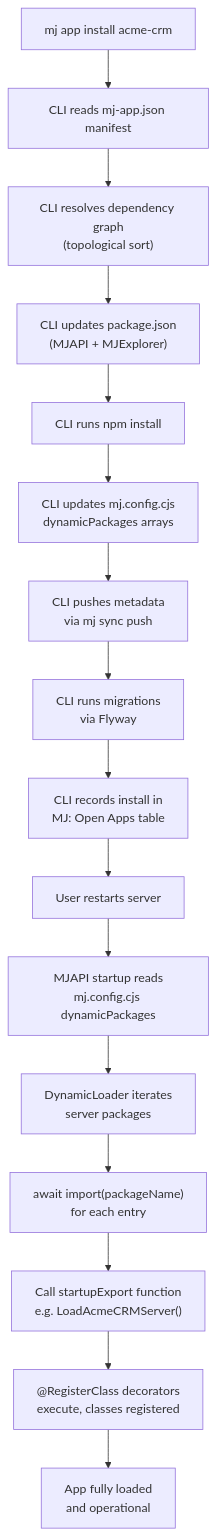
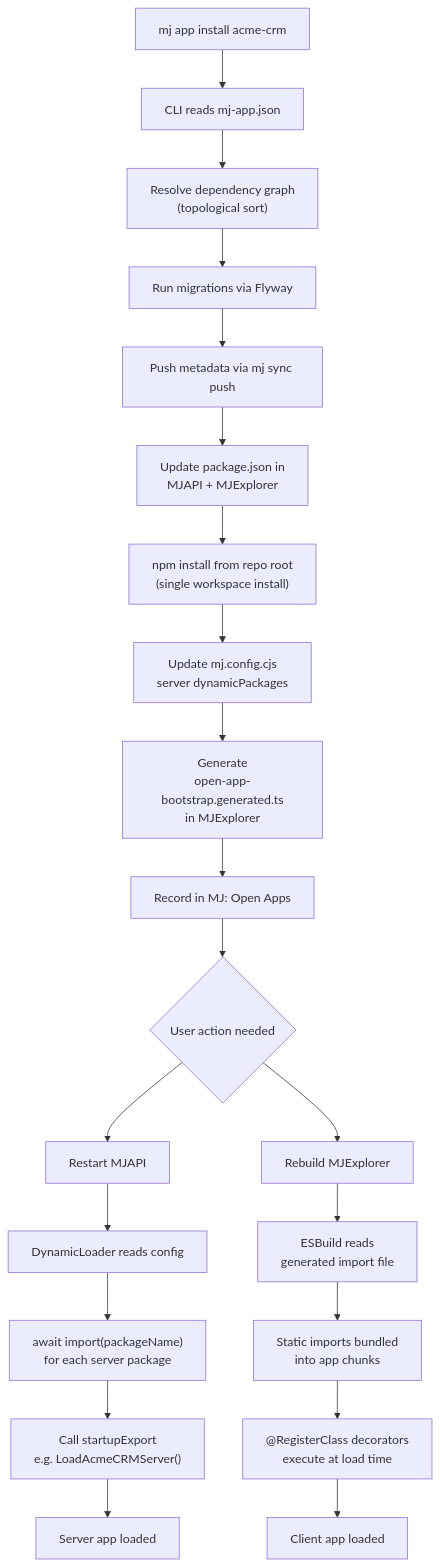
One commit to MemberJunction/MJ changed the diagram in plans/open-app-spec.md. Above: the diagram before and after it, drawn with Mermaid. The commit also changed other lines of this file, not shown here.

First line of the commit message:
Split dynamic loading: server runtime DynamicLoader vs client generated import file

````diff
--- a/plans/open-app-spec.md
+++ b/plans/open-app-spec.md
@@ -680,18 +689,25 @@
 ```mermaid
 flowchart TD
-    A["mj app install acme-crm"] --> B["CLI reads mj-app.json manifest"]
-    B --> C["CLI resolves dependency graph\n(topological sort)"]
-    C --> D["CLI updates package.json\n(MJAPI + MJExplorer)"]
-    D --> E["CLI runs npm install"]
-    E --> F["CLI updates mj.config.cjs\ndynamicPackages arrays"]
-    F --> G["CLI pushes metadata\nvia mj sync push"]
-    G --> H["CLI runs migrations\nvia Flyway"]
-    H --> I["CLI records install in\nMJ: Open Apps table"]
-    I --> J["User restarts server"]
-    J --> K["MJAPI startup reads\nmj.config.cjs dynamicPackages"]
-    K --> L["DynamicLoader iterates\nserver packages"]
-    L --> M["await import(packageName)\nfor each entry"]
-    M --> N["Call startupExport function\ne.g. LoadAcmeCRMServer()"]
-    N --> O["@RegisterClass decorators\nexecute, classes registered"]
-    O --> P["App fully loaded\nand operational"]
+    A["mj app install acme-crm"] --> B["CLI reads mj-app.json"]
+    B --> C["Resolve dependency graph\n(topological sort)"]
+    C --> D["Run migrations via Flyway"]
+    D --> E["Push metadata via mj sync push"]
+    E --> F["Update package.json in\nMJAPI + MJExplorer"]
+    F --> G["npm install from repo root\n(single workspace install)"]
+    G --> H["Update mj.config.cjs\nserver dynamicPackages"]
+    H --> I["Generate\nopen-app-bootstrap.generated.ts\nin MJExplorer"]
+    I --> J["Record in MJ: Open Apps"]
+    J --> K{"User action needed"}
+    K --> L["Restart MJAPI"]
+    K --> M["Rebuild MJExplorer"]
+
+    L --> N["DynamicLoader reads config"]
+    N --> O["await import(packageName)\nfor each server package"]
+    O --> P["Call startupExport\ne.g. LoadAcmeCRMServer()"]
+    P --> Q["Server app loaded"]
+
+    M --> R["ESBuild reads\ngenerated import file"]
+    R --> S["Static imports bundled\ninto app chunks"]
+    S --> T["@RegisterClass decorators\nexecute at load time"]
+    T --> U["Client app loaded"]
 ```
````
